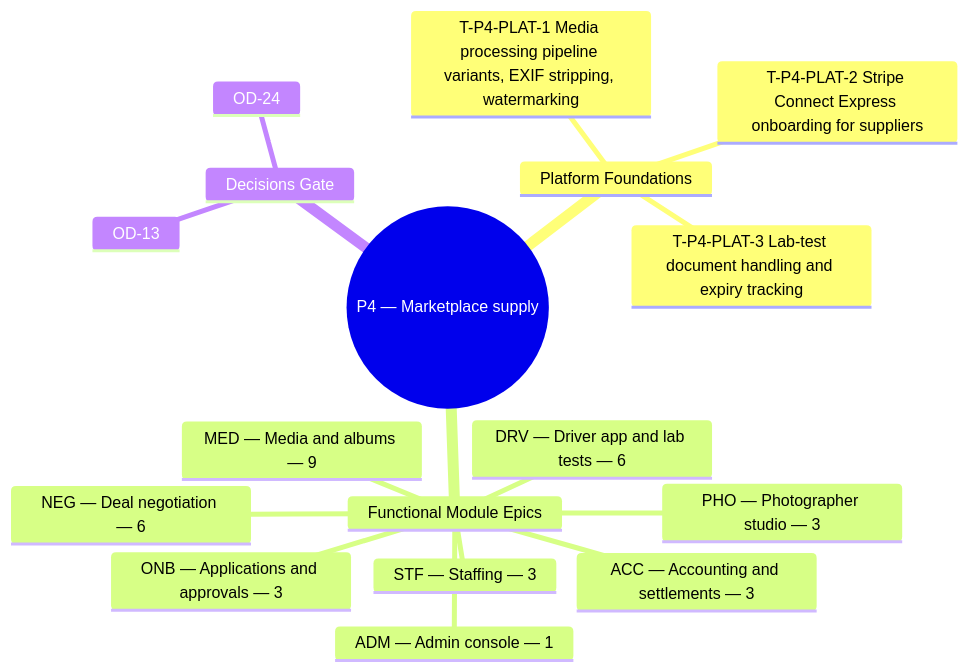
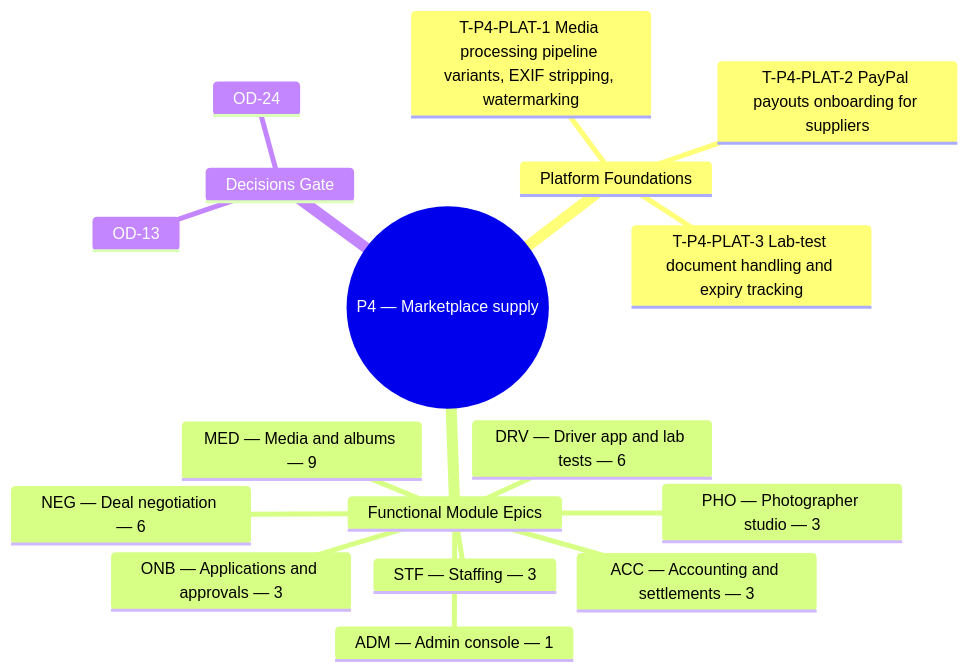
The diagram in content/docs/plan/p4.mdx (mohamedhabibwork/trips-enjoy-docs), drawn with Mermaid before and after one commit. The commit also changed other lines of this file and 117 other files, not shown here.

````diff
--- a/content/docs/plan/p4.mdx
+++ b/content/docs/plan/p4.mdx
@@ -17,20 +17,20 @@
 ```mermaid
 mindmap
   root(("P4 — Marketplace supply"))
     Platform Foundations
       T-P4-PLAT-1 Media processing pipeline variants, EXIF stripping, watermarking
-      T-P4-PLAT-2 Stripe Connect Express onboarding for suppliers
+      T-P4-PLAT-2 PayPal payouts onboarding for suppliers
       T-P4-PLAT-3 Lab-test document handling and expiry tracking
     Functional Module Epics
       ONB — Applications and approvals — 3
       STF — Staffing — 3
       NEG — Deal negotiation — 6
       MED — Media and albums — 9
       PHO — Photographer studio — 3
       DRV — Driver app and lab tests — 6
       ADM — Admin console — 1
       ACC — Accounting and settlements — 3
     Decisions Gate
       OD-13
       OD-24
 ```
````
